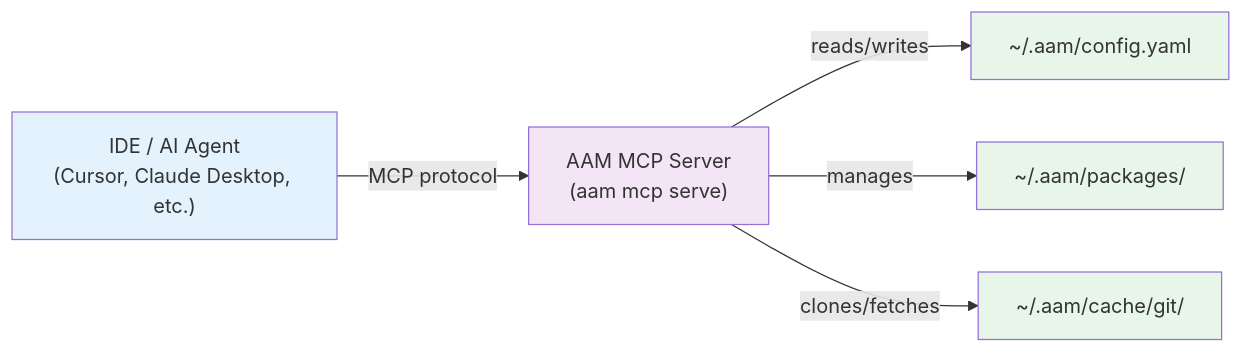
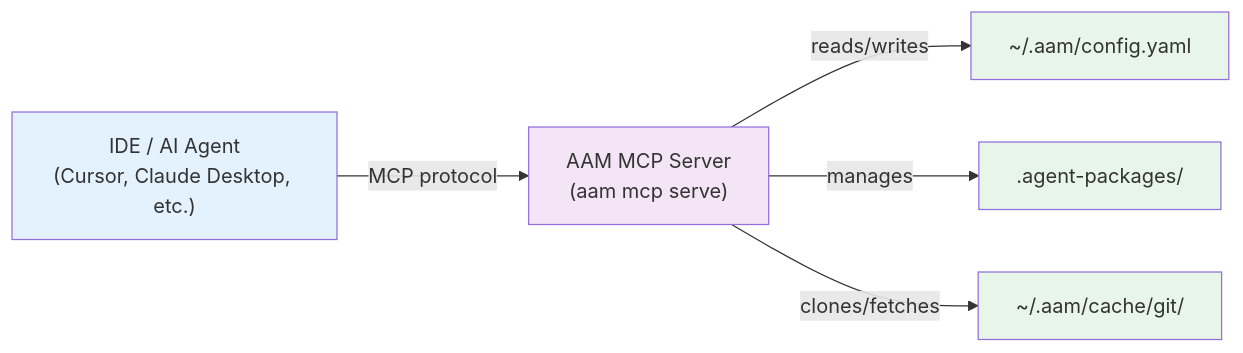
One commit to spazyCZ/agent-package-manager changed the diagram in docs/user_docs/docs/mcp/index.md. Above: the diagram before and after it, drawn with Mermaid. The commit also changed other lines of this file and 167 other files, not shown here.

````diff
--- a/docs/user_docs/docs/mcp/index.md
+++ b/docs/user_docs/docs/mcp/index.md
@@ -11,13 +11,13 @@
 ```mermaid
 flowchart LR
     IDE["IDE / AI Agent<br/>(Cursor, Claude Desktop, etc.)"] -->|MCP protocol| AAM["AAM MCP Server<br/>(aam mcp serve)"]
     AAM -->|reads/writes| Config["~/.aam/config.yaml"]
-    AAM -->|manages| Packages["~/.aam/packages/"]
+    AAM -->|manages| Packages[".agent-packages/"]
     AAM -->|clones/fetches| Sources["~/.aam/cache/git/"]
 
     style IDE fill:#e3f2fd
     style AAM fill:#f3e5f5
     style Config fill:#e8f5e9
     style Packages fill:#e8f5e9
     style Sources fill:#e8f5e9
 ```
````
